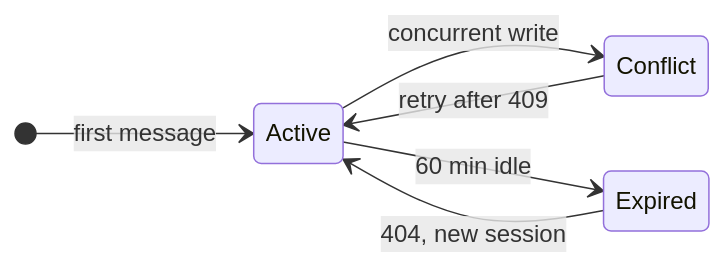
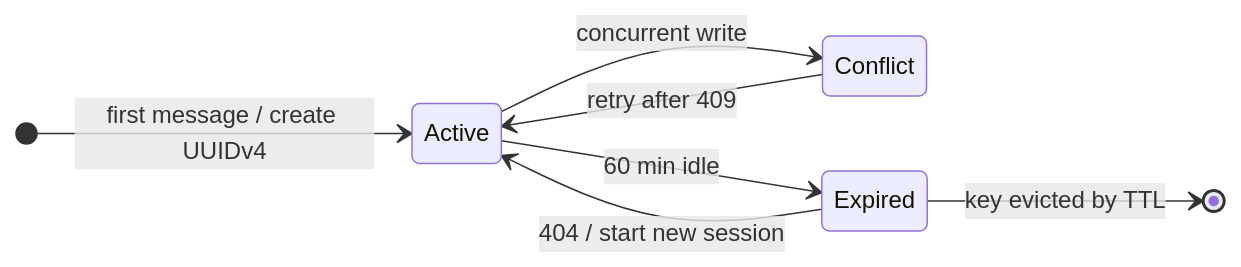
Before and after one commit to Uzu-mak/digital-twin: the seventh of 7 diagrams in README.md, drawn with Mermaid. The commit also changed other lines of this file, not shown here.

First line of the commit message:
Redraw README diagrams with C4 and UML conventions

````diff
--- a/README.md
+++ b/README.md
@@ -279,9 +386,10 @@
 ```mermaid
 stateDiagram-v2
     direction LR
-    [*] --> Active: first message
+    [*] --> Active: first message / create UUIDv4
     Active --> Conflict: concurrent write
     Conflict --> Active: retry after 409
     Active --> Expired: 60 min idle
-    Expired --> Active: 404, new session
+    Expired --> Active: 404 / start new session
+    Expired --> [*]: key evicted by TTL
 ```
````
